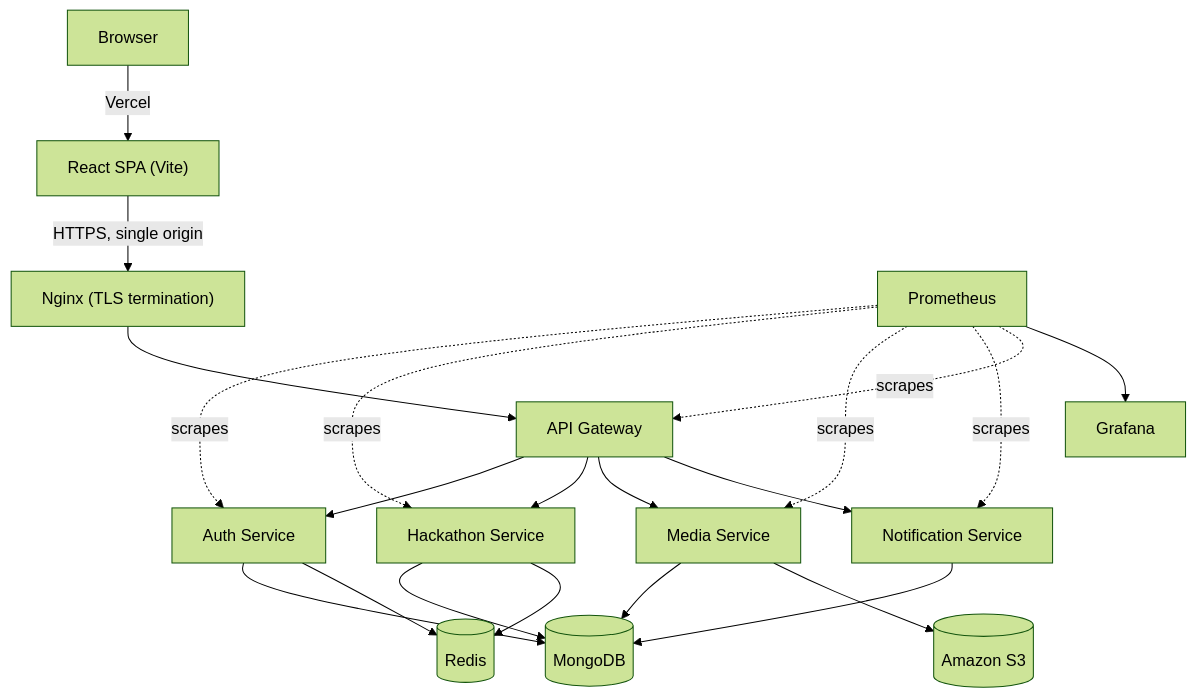
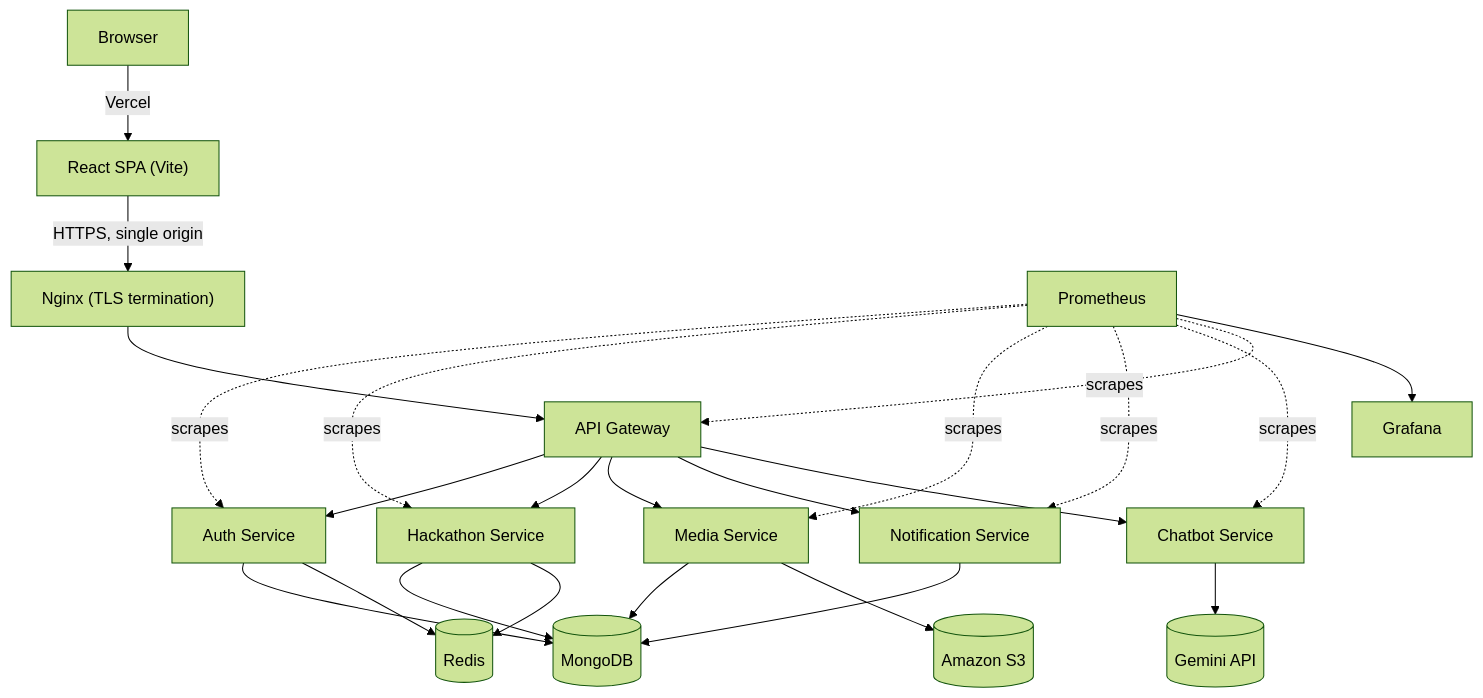
The diagram in README.md (rahul-1901/distributedSystem), drawn with Mermaid (forest theme) before and after one commit. The commit also changed other lines of this file and 46 other files, not shown here.

````diff
--- a/README.md
+++ b/README.md
@@ -25,28 +25,32 @@
 ```mermaid
 graph TD
     Browser["Browser"] -->|Vercel| Frontend["React SPA (Vite)"]
     Frontend -->|"HTTPS, single origin"| Nginx["Nginx (TLS termination)"]
     Nginx --> Gateway["API Gateway"]
 
     Gateway --> Auth["Auth Service"]
     Gateway --> Hackathon["Hackathon Service"]
     Gateway --> Media["Media Service"]
     Gateway --> Notification["Notification Service"]
+    Gateway --> Chatbot["Chatbot Service"]
 
     Auth --> Mongo[("MongoDB")]
     Hackathon --> Mongo
     Media --> Mongo
     Notification --> Mongo
 
     Auth --> Redis[("Redis")]
     Hackathon --> Redis
 
     Media --> S3[("Amazon S3")]
 
+    Chatbot --> Gemini[("Gemini API")]
+
     Prometheus["Prometheus"] -.scrapes.-> Auth
     Prometheus -.scrapes.-> Hackathon
     Prometheus -.scrapes.-> Media
     Prometheus -.scrapes.-> Notification
+    Prometheus -.scrapes.-> Chatbot
     Prometheus -.scrapes.-> Gateway
     Prometheus --> Grafana["Grafana"]
 ```
````
